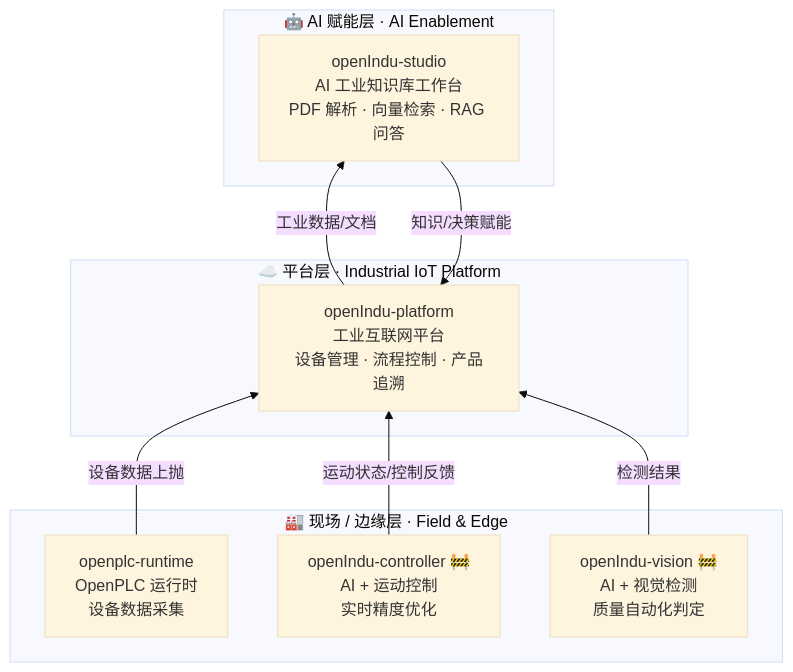
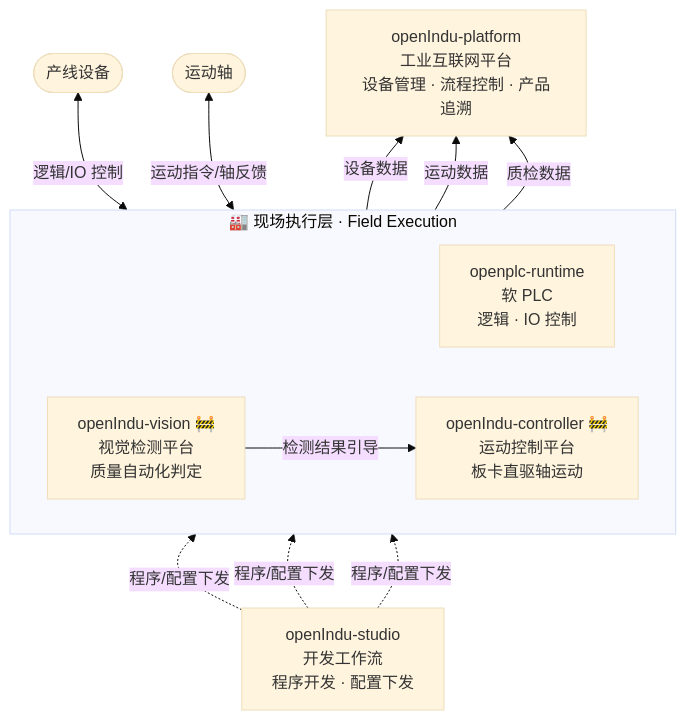
Before and after one commit to openIndu/.github: the first of 2 diagrams in profile/README.md, drawn with Mermaid (base theme). The commit also changed other lines of this file, not shown here.

Commit message:
docs(profile): refine industrial platform data flow by component role
Model each component by its real positioning:
- studio: dev-time workflow, pushes programs/configs to field platforms
- openplc-runtime (soft PLC) and openIndu-controller (board-level axis motion)
  are parallel, independent control paths each driving devices directly
- openIndu-vision guides controller (visual guidance) and uploads QC data
- openIndu-platform aggregates field runtime data

Dashed = dev-time deploy, solid bidirectional = field device drive.

````diff
--- a/profile/README.md
+++ b/profile/README.md
@@ -40,28 +40,36 @@
 ```mermaid
 flowchart BT
-    subgraph edge["🏭 现场 / 边缘层 · Field & Edge"]
-        plc["openplc-runtime<br/>OpenPLC 运行时<br/>设备数据采集"]
-        controller["openIndu-controller 🚧<br/>AI + 运动控制<br/>实时精度优化"]
-        vision["openIndu-vision 🚧<br/>AI + 视觉检测<br/>质量自动化判定"]
+    studio["openIndu-studio<br/>开发工作流<br/>程序开发 · 配置下发"]
+
+    subgraph field["🏭 现场执行层 · Field Execution"]
+        direction LR
+        plc["openplc-runtime<br/>软 PLC<br/>逻辑 · IO 控制"]
+        controller["openIndu-controller 🚧<br/>运动控制平台<br/>板卡直驱轴运动"]
+        vision["openIndu-vision 🚧<br/>视觉检测平台<br/>质量自动化判定"]
     end
 
-    subgraph platform["☁️ 平台层 · Industrial IoT Platform"]
-        iiot["openIndu-platform<br/>工业互联网平台<br/>设备管理 · 流程控制 · 产品追溯"]
-    end
+    iiot["openIndu-platform<br/>工业互联网平台<br/>设备管理 · 流程控制 · 产品追溯"]
 
-    subgraph ai["🤖 AI 赋能层 · AI Enablement"]
-        studio["openIndu-studio<br/>AI 工业知识库工作台<br/>PDF 解析 · 向量检索 · RAG 问答"]
-    end
+    %% 开发态：下发程序/配置（虚线）
+    studio -. 程序/配置下发 .-> plc
+    studio -. 程序/配置下发 .-> controller
+    studio -. 程序/配置下发 .-> vision
 
-    plc -- 设备数据上抛 --> iiot
-    controller -- 运动状态/控制反馈 --> iiot
-    vision -- 检测结果 --> iiot
-    iiot -- 工业数据/文档 --> studio
-    studio -- 知识/决策赋能 --> iiot
+    %% 运行态：现场设备直驱（双向）
+    plc <-- 逻辑/IO 控制 --> dev1([产线设备])
+    controller <-- 运动指令/轴反馈 --> dev2([运动轴])
 
+    %% 视觉引导运动
+    vision -- 检测结果引导 --> controller
+
+    %% 运行数据上抛平台
+    plc -- 设备数据 --> iiot
+    controller -- 运动数据 --> iiot
+    vision -- 质检数据 --> iiot
+
+    click studio "https://github.com/openIndu/openIndu-studio" _blank
     click plc "https://github.com/openIndu/openplc-runtime" _blank
     click controller "https://github.com/openIndu/openIndu-controller" _blank
     click vision "https://github.com/openIndu/openIndu-vision" _blank
     click iiot "https://github.com/openIndu/openIndu-platform" _blank
-    click studio "https://github.com/openIndu/openIndu-studio" _blank
 ```
````
